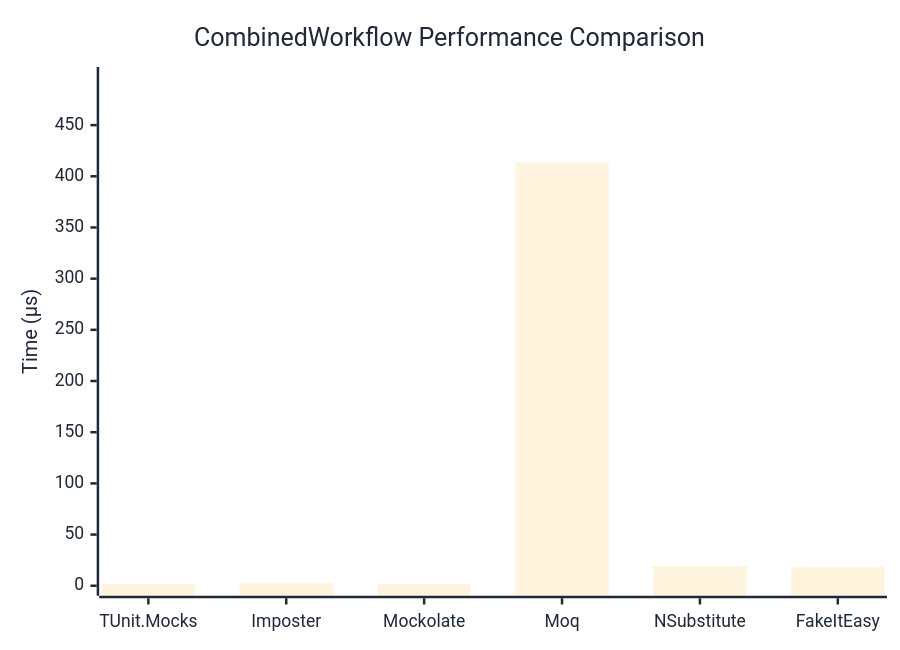
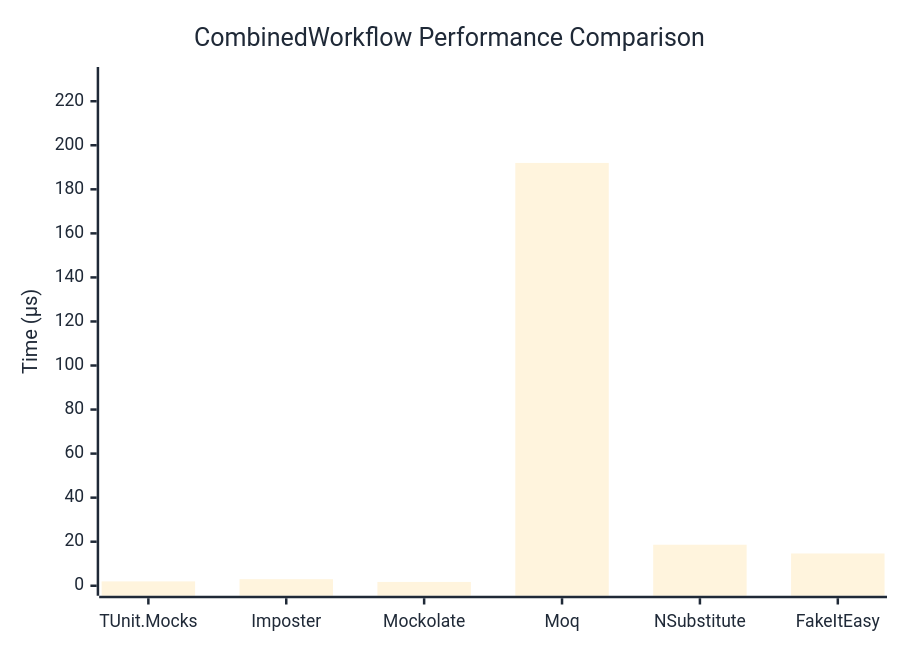
One commit to thomhurst/TUnit changed the diagram in docs/docs/benchmarks/mocks/CombinedWorkflow.md. Above: the diagram before and after it, drawn with Mermaid. The commit also changed other lines of this file and 14 other files, not shown here.

````diff
--- a/docs/docs/benchmarks/mocks/CombinedWorkflow.md
+++ b/docs/docs/benchmarks/mocks/CombinedWorkflow.md
@@ -30,27 +30,27 @@
 ```mermaid
 %%{init: {
   'theme':'base',
   'themeVariables': {
     'primaryColor': '#2563eb',
     'primaryTextColor': '#1f2937',
     'primaryBorderColor': '#1e40af',
     'lineColor': '#6b7280',
     'secondaryColor': '#7c3aed',
     'tertiaryColor': '#dc2626',
     'background': '#ffffff',
     'pie1': '#2563eb',
     'pie2': '#7c3aed',
     'pie3': '#dc2626',
     'pie4': '#f59e0b',
     'pie5': '#10b981',
     'pie6': '#06b6d4',
     'pie7': '#ec4899',
     'pie8': '#6366f1'
   }
 }}%%
 xychart-beta
   title "CombinedWorkflow Performance Comparison"
   x-axis ["TUnit.Mocks", "Imposter", "Mockolate", "Moq", "NSubstitute", "FakeItEasy"]
-  y-axis "Time (μs)" 0 --> 497
-  bar [1.86, 2.694, 1.727, 413.347, 19.395, 18.531]
+  y-axis "Time (μs)" 0 --> 231
+  bar [1.981, 2.984, 1.729, 191.985, 18.627, 14.66]
 ```
````
